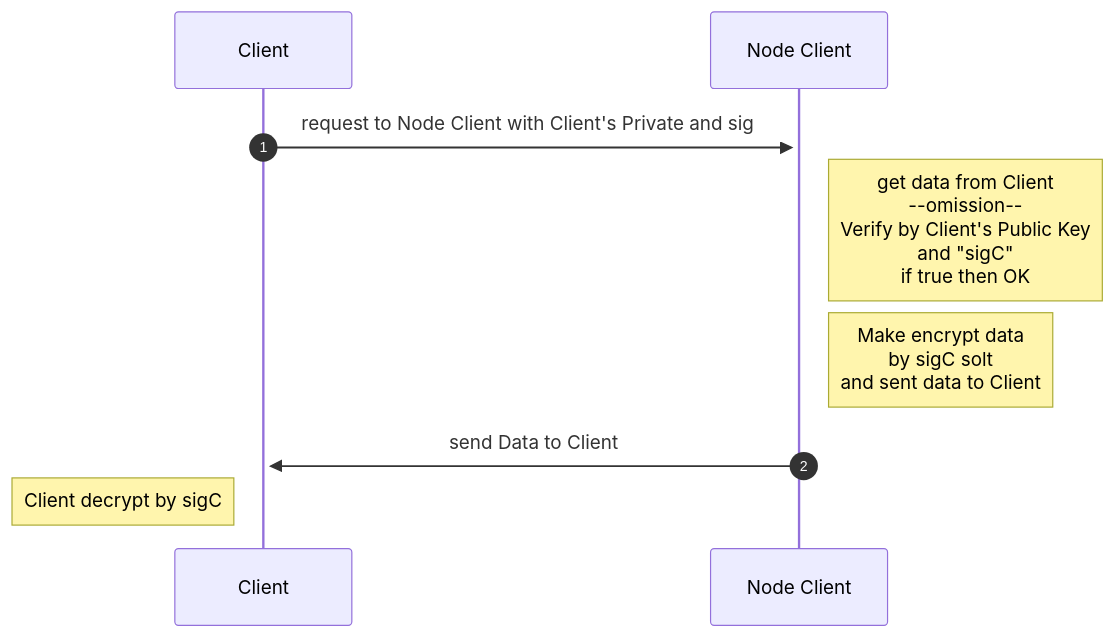
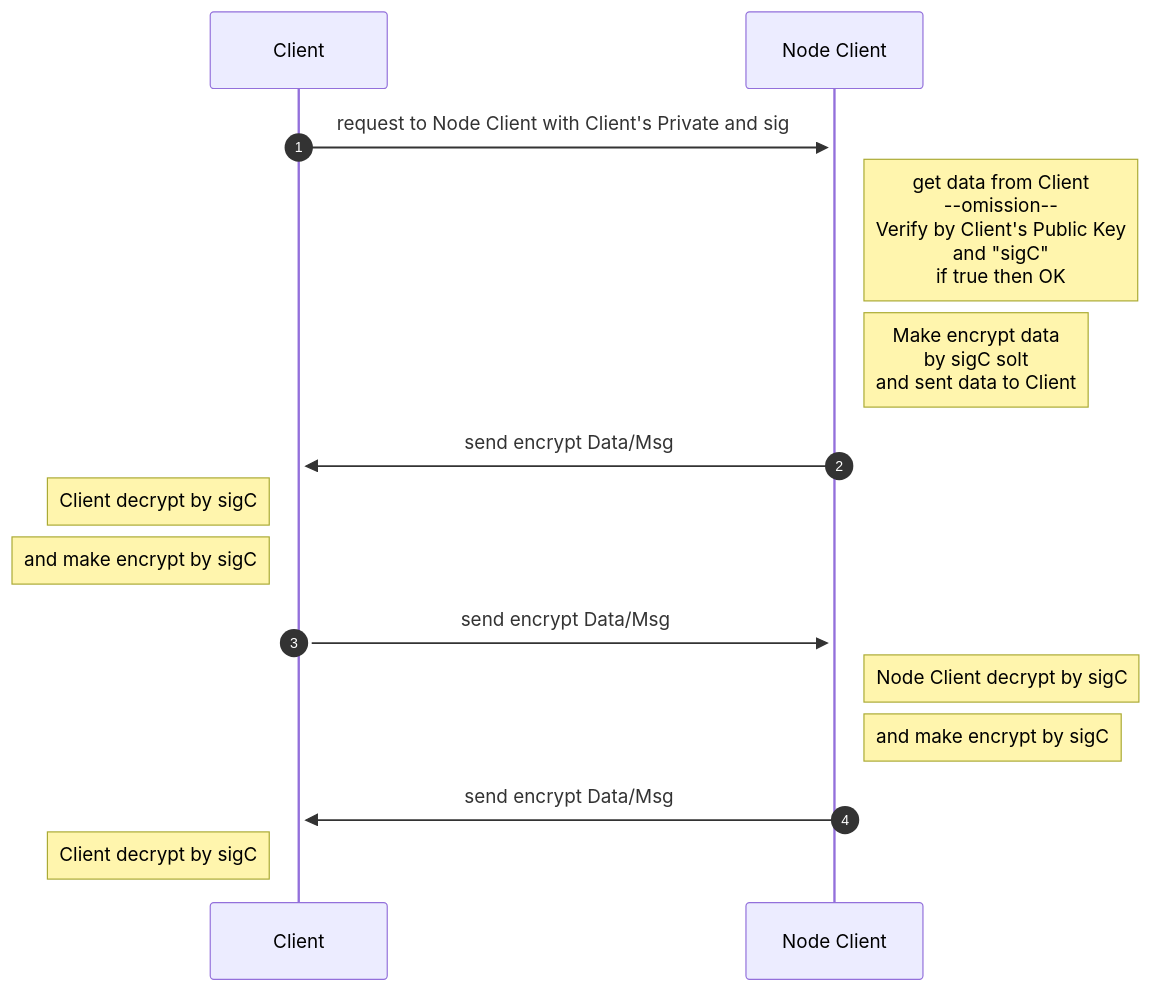
One commit to toshirot/w2w changed the fifth of 6 diagrams in README.md. Above: the diagram before and after it, drawn with Mermaid. The commit also changed other lines of this file, not shown here.

````diff
--- a/README.md
+++ b/README.md
@@ -184,9 +185,16 @@
 ```mermaid
 sequenceDiagram
   autonumber
     Client->>+Node Client: request to  Node Client with  Client's Private and sig
         Note right of Node Client:  get data from Client<br/> --omission-- <br/>Verify by Client's Public Key<br/>and "sigC"<br/>if true then OK
         Note right of Node Client:  Make encrypt data<br/>by sigC solt<br/>and sent data to Client
-    Node Client->>+Client:send Data to Client
+    Node Client->>+Client:send encrypt Data/Msg
         Note left of Client:  Client decrypt by sigC
+        Note left of Client:  and make  encrypt by sigC
+    Client->>+Node Client:send encrypt Data/Msg
+        Note right of Node Client:  Node Client decrypt by sigC
+        Note right of Node Client:  and make  encrypt by sigC
+    Node Client->>+Client:send encrypt Data/Msg
+        Note left of Client:  Client decrypt by sigC
+    
 ```
````
